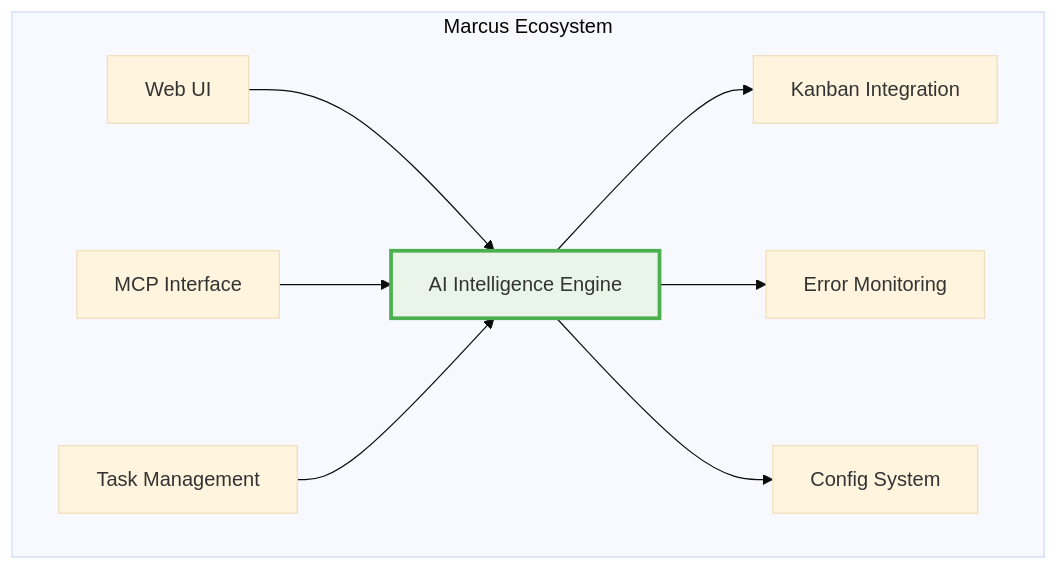
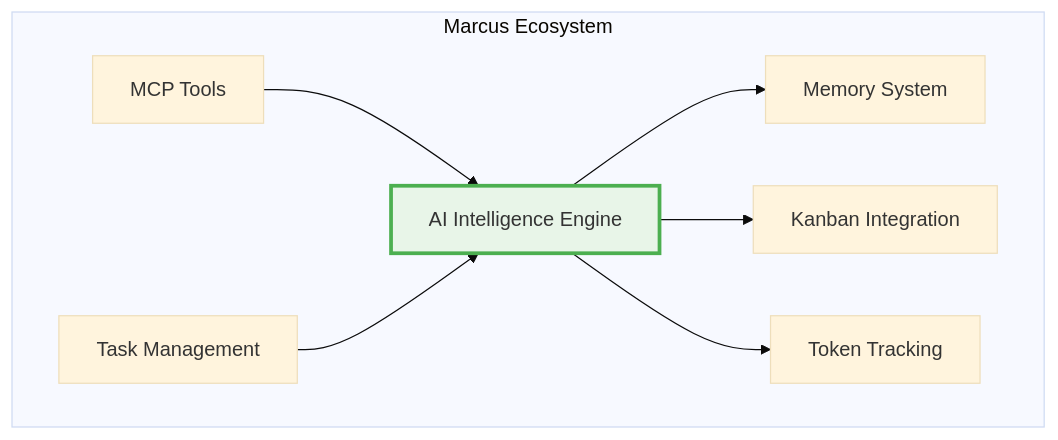
Before and after one commit to lwgray/marcus: the second of 2 diagrams in docs/source/systems/intelligence/07-ai-intelligence-engine.md, drawn with Mermaid (base theme). The commit also changed other lines of this file and 4 other files, not shown here.

````diff
--- a/docs/source/systems/intelligence/07-ai-intelligence-engine.md
+++ b/docs/source/systems/intelligence/07-ai-intelligence-engine.md
@@ -117,21 +113,19 @@
 ```mermaid
 graph TB
     subgraph "Marcus Ecosystem"
-        UI[Web UI]
-        MCP[MCP Interface]
+        MCP[MCP Tools]
         TM[Task Management]
         AIE[AI Intelligence Engine]
-        KB[Kanban Integration]
-        EM[Error Monitoring]
-        CF[Config System]
+        Memory[Memory System]
+        Kanban[Kanban Integration]
+        Tokens[Token Tracking]
     end
 
-    UI --> AIE
     MCP --> AIE
     TM --> AIE
-    AIE --> KB
-    AIE --> EM
-    AIE --> CF
+    AIE --> Memory
+    AIE --> Kanban
+    AIE --> Tokens
 
     style AIE fill:#e8f5e8,stroke:#4caf50,stroke-width:3px
 ```
````
